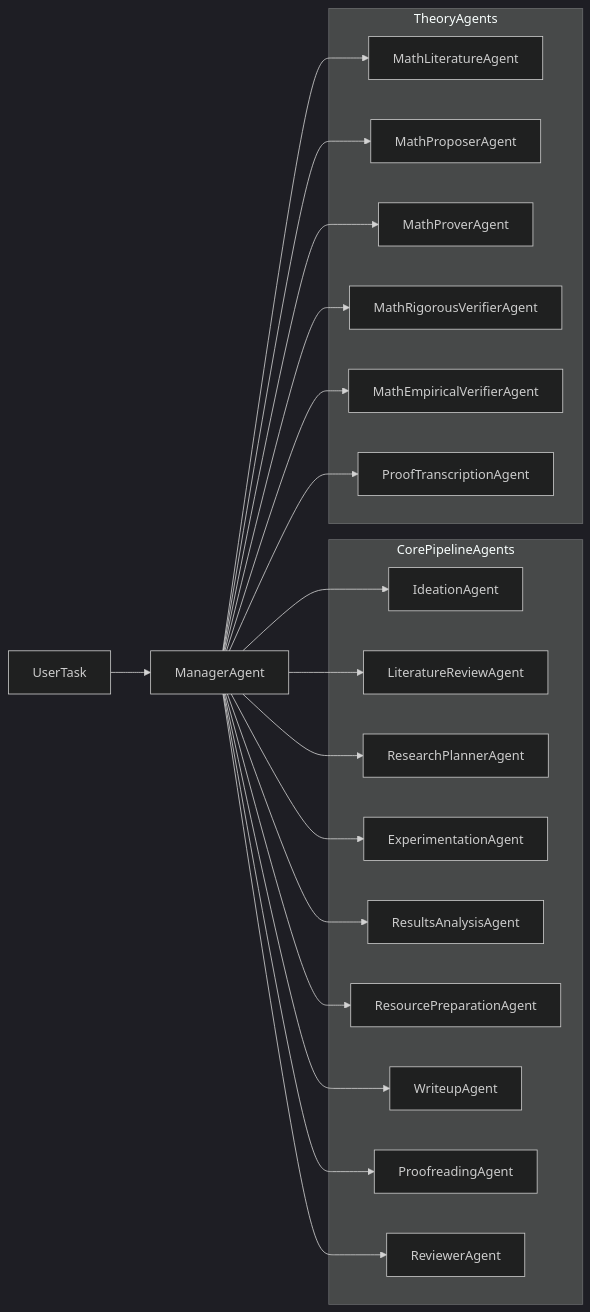
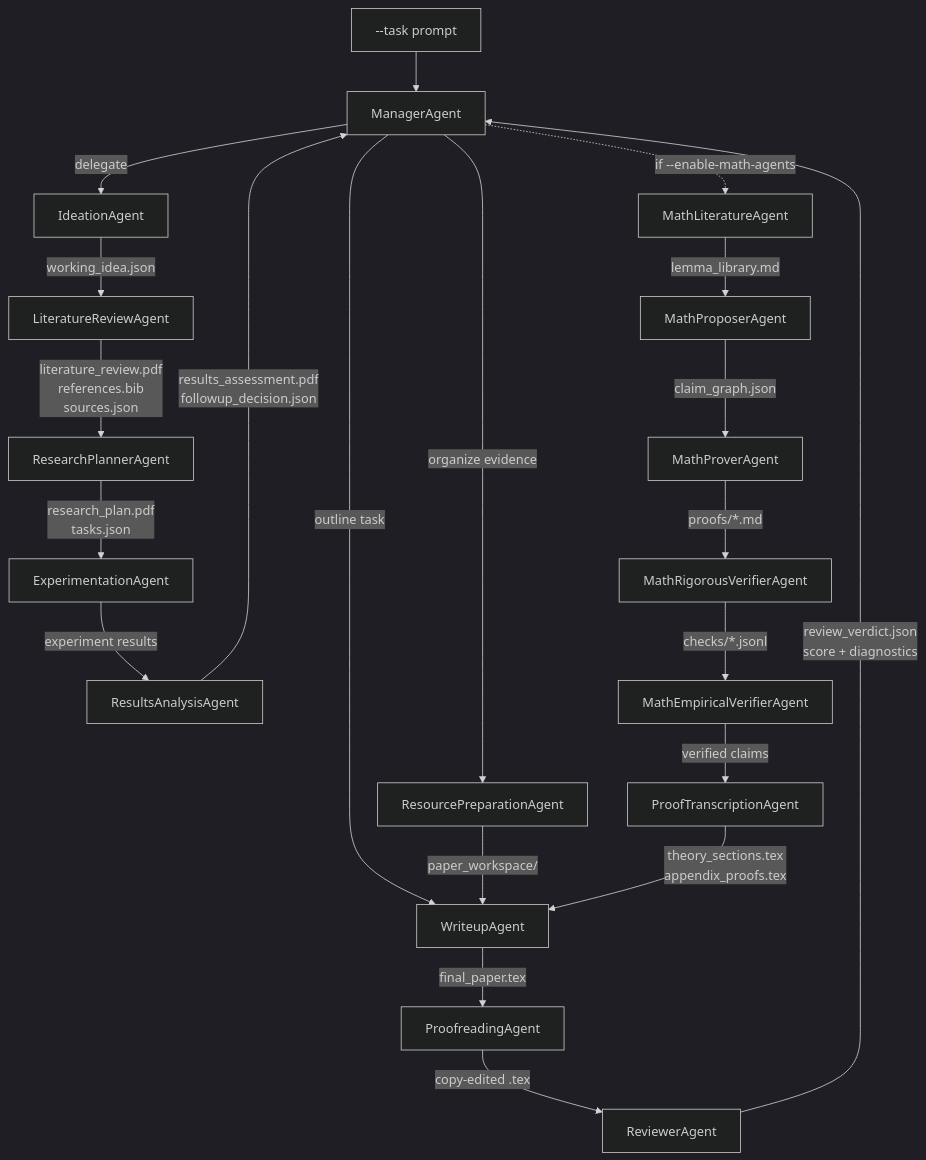
Before and after one commit to andreb999999/pAI-physics: the diagram in README.md, drawn with Mermaid (dark theme). The commit also changed other lines of this file and 77 other files, not shown here.

````diff
--- a/README.md
+++ b/README.md
@@ -27,41 +415,26 @@
 ```mermaid
-flowchart LR
-    userTask["UserTask"] --> manager["ManagerAgent"]
+flowchart TD
+    userTask["--task prompt"] --> manager["ManagerAgent"]
 
-    subgraph corePipeline [CorePipelineAgents]
-        ideation["IdeationAgent"]
-        litAgent["LiteratureReviewAgent"]
-        planner["ResearchPlannerAgent"]
-        experimentation["ExperimentationAgent"]
-        resultsAnalysis["ResultsAnalysisAgent"]
-        resourcePrep["ResourcePreparationAgent"]
-        writeup["WriteupAgent"]
-        proofreading["ProofreadingAgent"]
-        reviewer["ReviewerAgent"]
-    end
+    manager -->|"delegate"| ideation["IdeationAgent"]
+    ideation -->|"working_idea.json"| litAgent["LiteratureReviewAgent"]
+    litAgent -->|"literature_review.pdf\nreferences.bib\nsources.json"| planner["ResearchPlannerAgent"]
+    planner -->|"research_plan.pdf\ntasks.json"| experiment["ExperimentationAgent"]
+    experiment -->|"experiment results"| analysis["ResultsAnalysisAgent"]
+    analysis -->|"results_assessment.pdf\nfollowup_decision.json"| manager
 
-    subgraph theoryPipeline [TheoryAgents]
-        mathLit["MathLiteratureAgent"]
-        mathProp["MathProposerAgent"]
-        mathProv["MathProverAgent"]
-        mathRig["MathRigorousVerifierAgent"]
-        mathEmp["MathEmpiricalVerifierAgent"]
-        proofTx["ProofTranscriptionAgent"]
-    end
+    manager -->|"outline task"| writeup["WriteupAgent"]
+    manager -->|"organize evidence"| resourcePrep["ResourcePreparationAgent"]
+    resourcePrep -->|"paper_workspace/"| writeup
+    writeup -->|"final_paper.tex"| proofread["ProofreadingAgent"]
+    proofread -->|"copy-edited .tex"| reviewer["ReviewerAgent"]
+    reviewer -->|"review_verdict.json\nscore + diagnostics"| manager
 
-    manager --> ideation
-    manager --> litAgent
-    manager --> planner
-    manager --> experimentation
-    manager --> resultsAnalysis
-    manager --> resourcePrep
-    manager --> writeup
-    manager --> proofreading
-    manager --> reviewer
-    manager --> mathLit
-    manager --> mathProp
-    manager --> mathProv
-    manager --> mathRig
-    manager --> mathEmp
-    manager --> proofTx
+    manager -.->|"if --enable-math-agents"| mathLit["MathLiteratureAgent"]
+    mathLit -->|"lemma_library.md"| mathProp["MathProposerAgent"]
+    mathProp -->|"claim_graph.json"| mathProv["MathProverAgent"]
+    mathProv -->|"proofs/*.md"| mathRig["MathRigorousVerifierAgent"]
+    mathRig -->|"checks/*.jsonl"| mathEmp["MathEmpiricalVerifierAgent"]
+    mathEmp -->|"verified claims"| proofTx["ProofTranscriptionAgent"]
+    proofTx -->|"theory_sections.tex\nappendix_proofs.tex"| writeup
 ```
````
